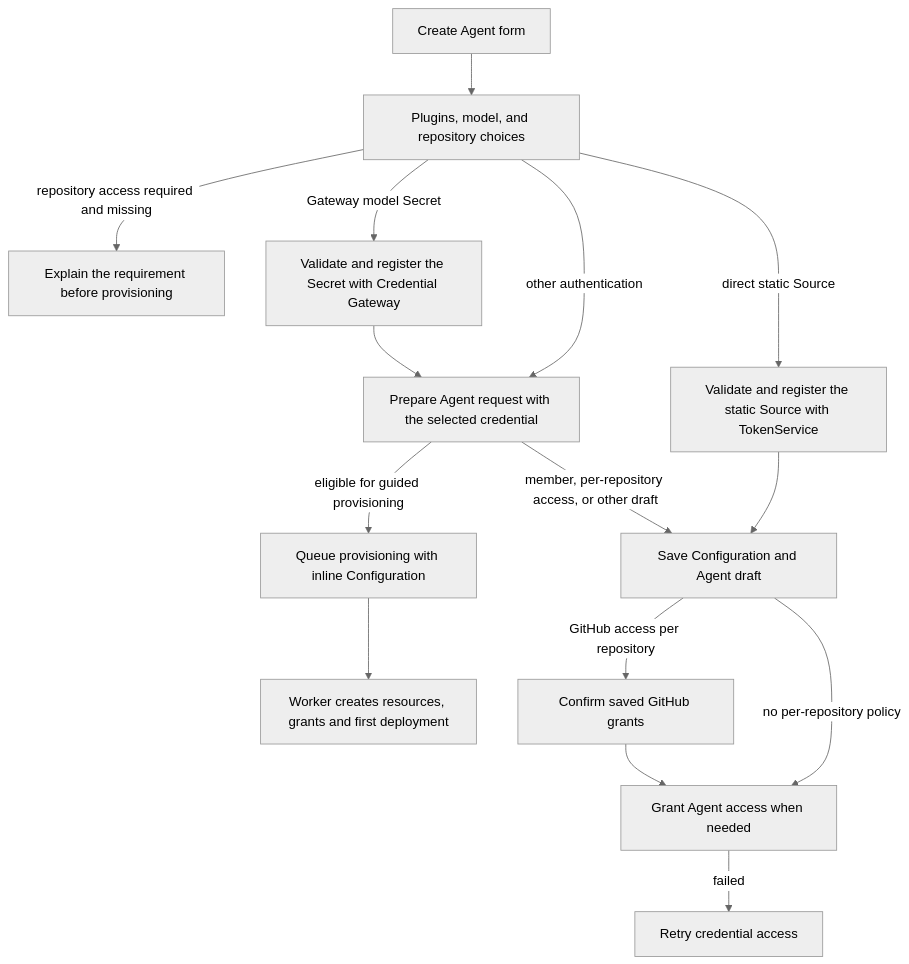
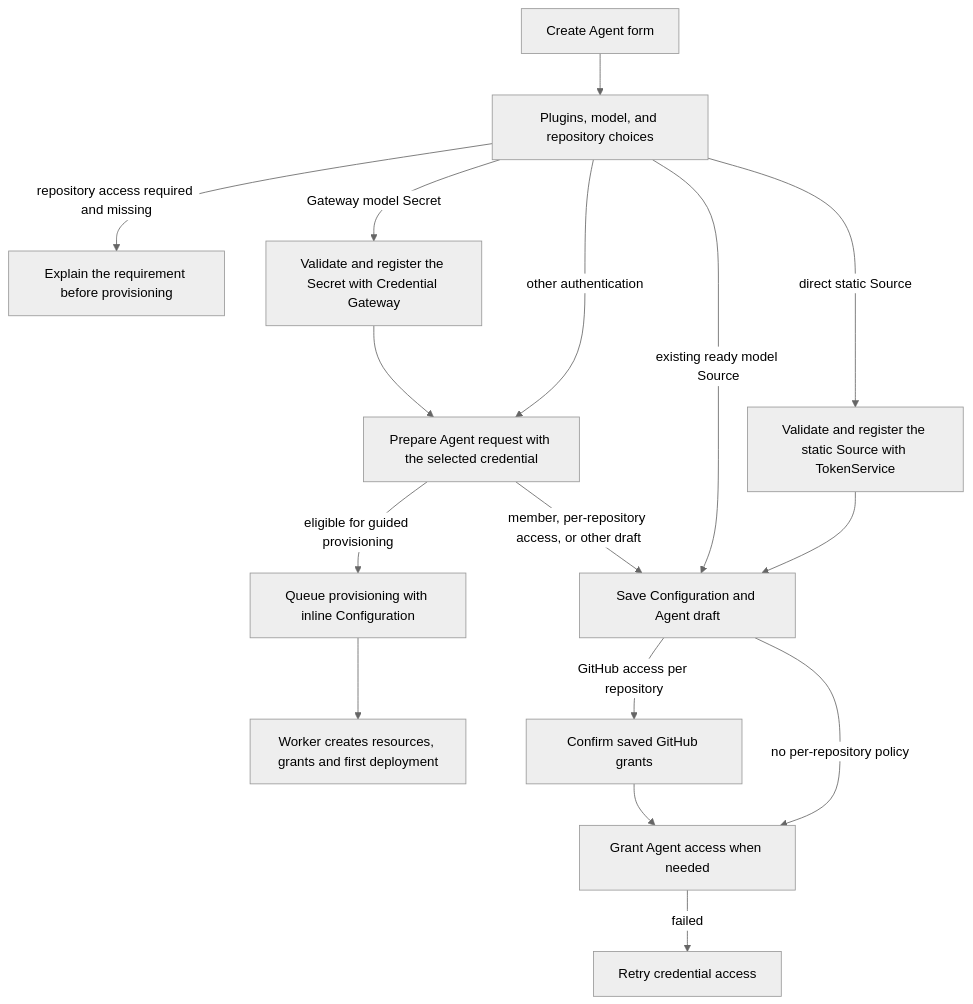
One commit to openclaw/openclaw-enterprise changed the diagram in docs/flows/platform-console/agent-creation.md. Above: the diagram before and after it, drawn with Mermaid (neutral theme). The commit also changed other lines of this file and 61 other files, not shown here.

````diff
--- a/docs/flows/platform-console/agent-creation.md
+++ b/docs/flows/platform-console/agent-creation.md
@@ -27,17 +27,18 @@
 ```mermaid
 graph TD
   A["Create Agent form"] --> B["Plugins, model, and repository choices"]
   B -->|repository access required and missing| H["Explain the requirement before provisioning"]
   B -->|Gateway model Secret| K["Validate and register the Secret with Credential Gateway"]
   K --> P["Prepare Agent request with the selected credential"]
   B -->|other authentication| P
   P -->|eligible for guided provisioning| C["Queue provisioning with inline Configuration"]
   C --> D["Worker creates resources, grants and first deployment"]
   P -->|member, per-repository access, or other draft| E["Save Configuration and Agent draft"]
+  B -->|existing ready model Source| E
   B -->|direct static Source| S["Validate and register the static Source with TokenService"]
   S --> E
   E -->|GitHub access per repository| I["Confirm saved GitHub grants"]
   I --> F
   E -->|no per-repository policy| F["Grant Agent access when needed"]
   F -->|failed| G["Retry credential access"]
 ```
````
